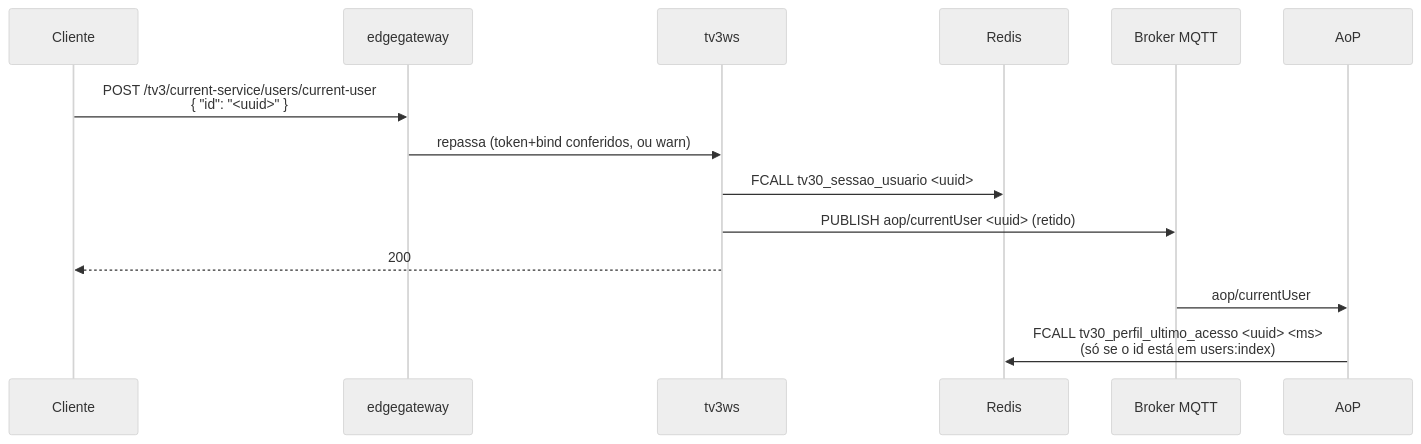
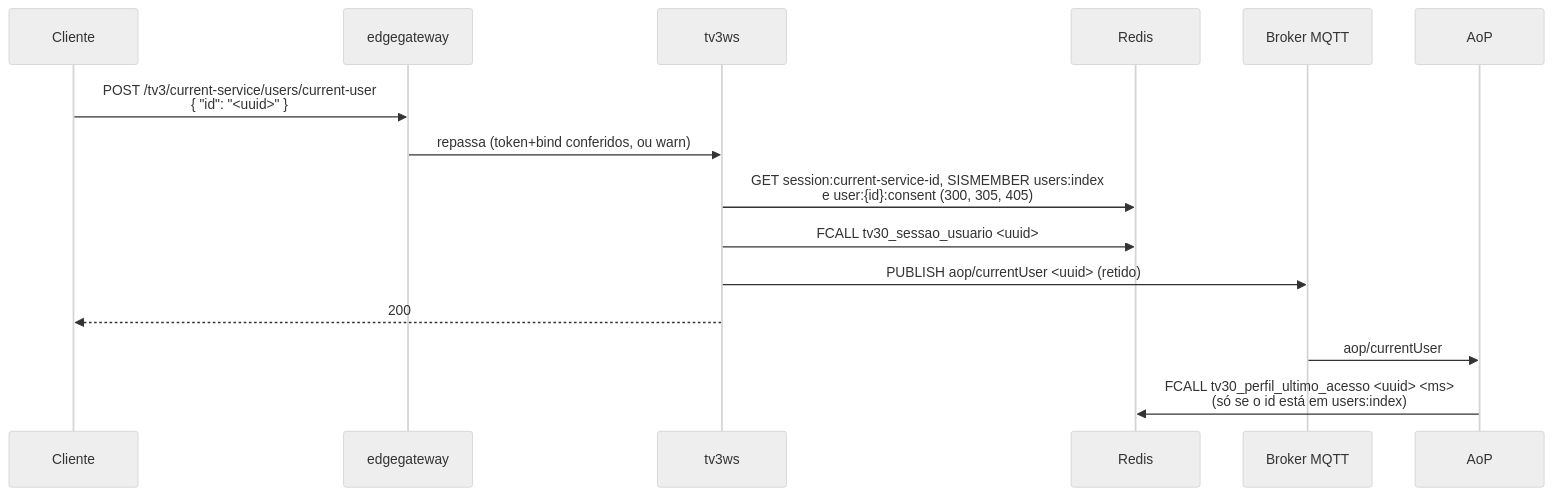
Before and after one commit to multisens/Infra: the second of 2 diagrams in docs/07-usuarios-perfis.md, drawn with Mermaid (neutral theme). The commit also changed other lines of this file and 27 other files, not shown here.

````diff
--- a/docs/07-usuarios-perfis.md
+++ b/docs/07-usuarios-perfis.md
@@ -93,17 +95,18 @@
 ```mermaid
 sequenceDiagram
     participant C as Cliente
     participant E as edgegateway
     participant T as tv3ws
     participant R as Redis
     participant M as Broker MQTT
     participant A as AoP
 
     C->>E: POST /tv3/current-service/users/current-user<br/>{ "id": "<uuid>" }
     E->>T: repassa (token+bind conferidos, ou warn)
+    T->>R: GET session:current-service-id, SISMEMBER users:index<br/>e user:{id}:consent (300, 305, 405)
     T->>R: FCALL tv30_sessao_usuario <uuid>
     T->>M: PUBLISH aop/currentUser <uuid> (retido)
     T-->>C: 200
     M->>A: aop/currentUser
     A->>R: FCALL tv30_perfil_ultimo_acesso <uuid> <ms><br/>(só se o id está em users:index)
 ```
````
